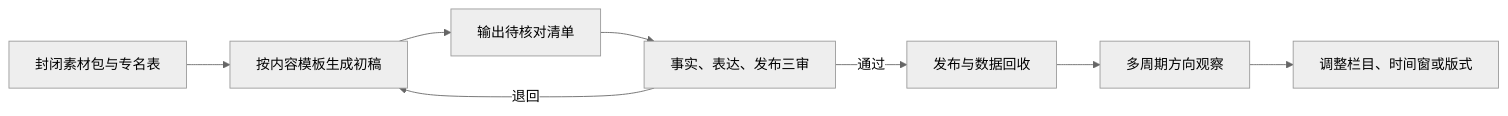
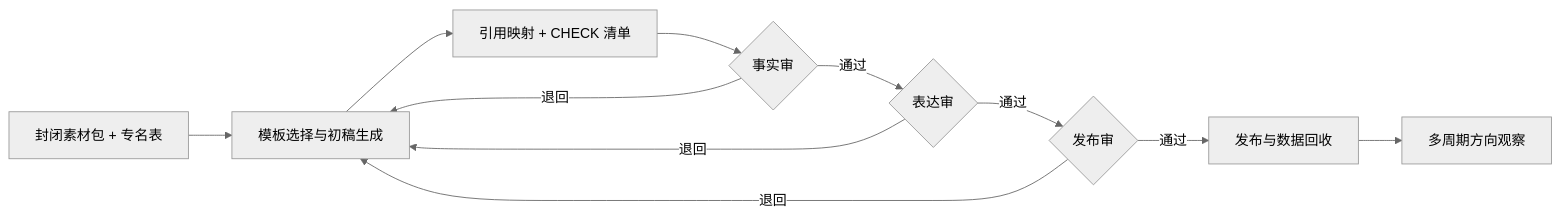
One commit to ChrysFu/institutional-content-ops changed the diagram in README.md. Above: the diagram before and after it, drawn with Mermaid (neutral theme). The commit also changed other lines of this file, not shown here.

````diff
--- a/README.md
+++ b/README.md
@@ -43,10 +73,13 @@
 ```mermaid
 flowchart LR
-    A[封闭素材包与专名表] --> B[按内容模板生成初稿]
-    B --> C[输出待核对清单]
-    C --> D[事实、表达、发布三审]
+    A["封闭素材包 + 专名表"] --> B["模板选择与初稿生成"]
+    B --> C["引用映射 + CHECK 清单"]
+    C --> D{"事实审"}
     D -->|退回| B
-    D -->|通过| E[发布与数据回收]
-    E --> F[多周期方向观察]
-    F --> G[调整栏目、时间窗或版式]
+    D -->|通过| E{"表达审"}
+    E -->|退回| B
+    E -->|通过| F{"发布审"}
+    F -->|退回| B
+    F -->|通过| G["发布与数据回收"]
+    G --> H["多周期方向观察"]
 ```
````
